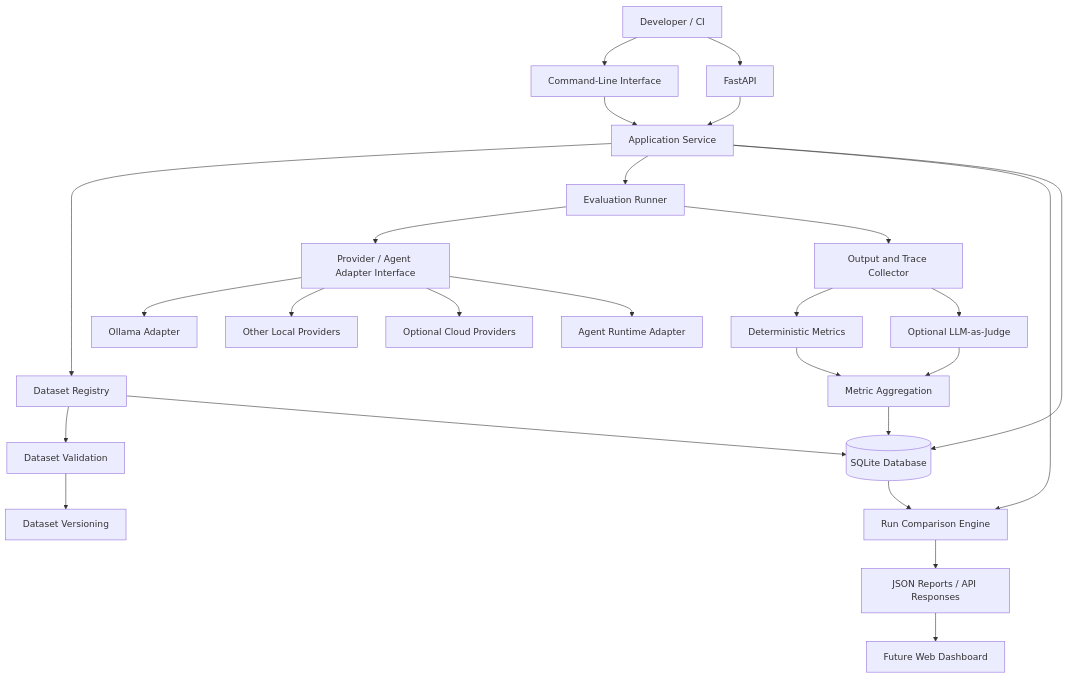
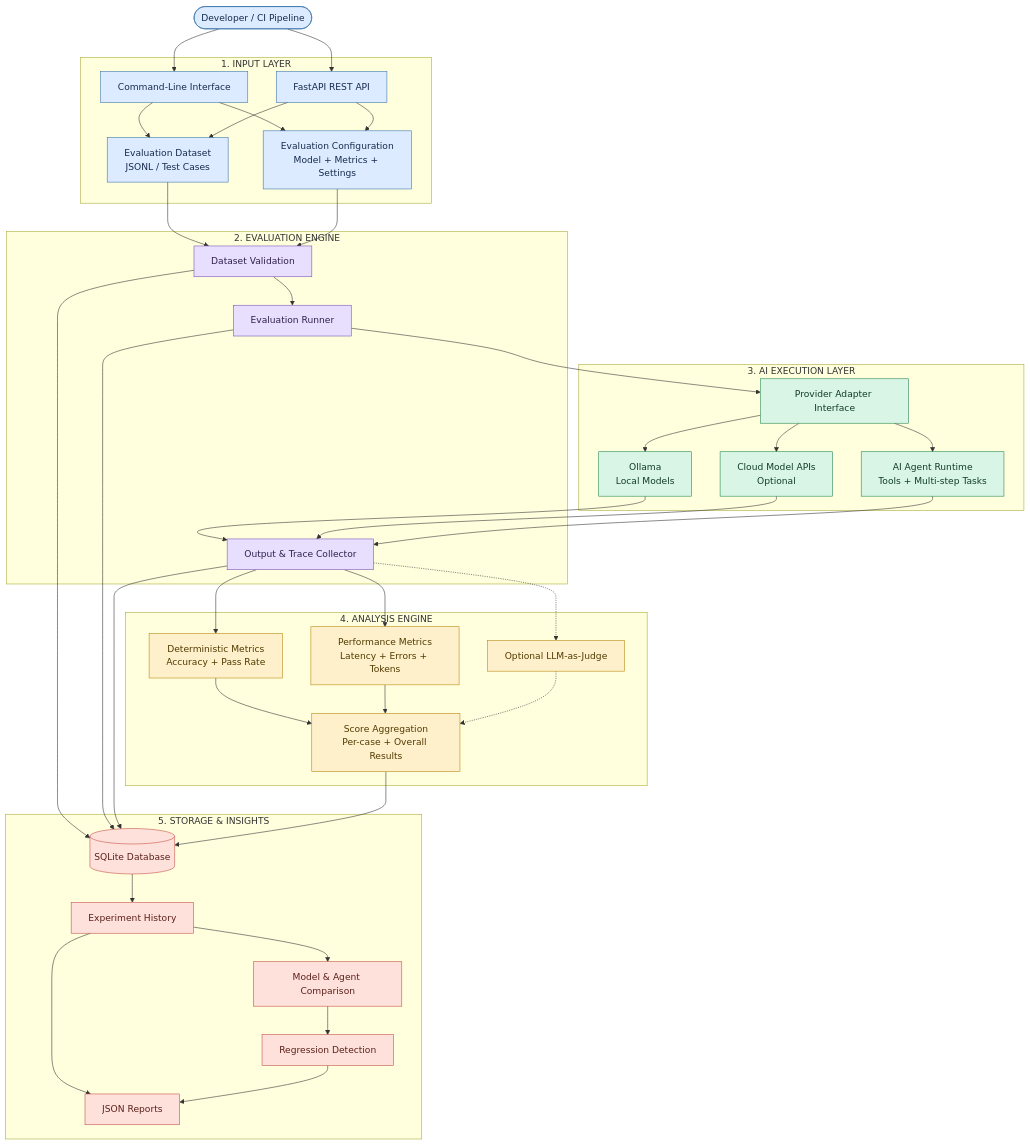
Before and after one commit to reddy895/EvalForge20: the first of 2 diagrams in README.md, drawn with Mermaid. The commit also changed other lines of this file, not shown here.

Commit message:
Readme update

````diff
--- a/README.md
+++ b/README.md
@@ -154,38 +155,91 @@
 ```mermaid
 flowchart TD
-    DEV["Developer / CI"] --> CLI["Command-Line Interface"]
-    DEV --> API["FastAPI"]
+    USER(["Developer / CI Pipeline"])
 
-    CLI --> APP["Application Service"]
-    API --> APP
+    subgraph INPUT["1. INPUT LAYER"]
+        CLI["Command-Line Interface"]
+        API["FastAPI REST API"]
+        DATA["Evaluation Dataset<br/>JSONL / Test Cases"]
+        CONFIG["Evaluation Configuration<br/>Model + Metrics + Settings"]
+    end
 
-    APP --> DATA["Dataset Registry"]
-    APP --> RUN["Evaluation Runner"]
-    APP --> COMPARE["Run Comparison Engine"]
+    subgraph CORE["2. EVALUATION ENGINE"]
+        VALIDATE["Dataset Validation"]
+        RUNNER["Evaluation Runner"]
+        COLLECT["Output & Trace Collector"]
+    end
 
-    DATA --> VALIDATE["Dataset Validation"]
-    VALIDATE --> VERSION["Dataset Versioning"]
+    subgraph AI["3. AI EXECUTION LAYER"]
+        ADAPTER["Provider Adapter Interface"]
+        OLLAMA["Ollama<br/>Local Models"]
+        CLOUD["Cloud Model APIs<br/>Optional"]
+        AGENT["AI Agent Runtime<br/>Tools + Multi-step Tasks"]
+    end
 
-    RUN --> ADAPTER["Provider / Agent Adapter Interface"]
+    subgraph ANALYSIS["4. ANALYSIS ENGINE"]
+        METRICS["Deterministic Metrics<br/>Accuracy + Pass Rate"]
+        PERFORMANCE["Performance Metrics<br/>Latency + Errors + Tokens"]
+        JUDGE["Optional LLM-as-Judge"]
+        AGGREGATE["Score Aggregation<br/>Per-case + Overall Results"]
+    end
 
-    ADAPTER --> OLLAMA["Ollama Adapter"]
-    ADAPTER --> LOCAL["Other Local Providers"]
-    ADAPTER --> CLOUD["Optional Cloud Providers"]
-    ADAPTER --> AGENT["Agent Runtime Adapter"]
+    subgraph STORAGE["5. STORAGE & INSIGHTS"]
+        DB[("SQLite Database")]
+        HISTORY["Experiment History"]
+        COMPARE["Model & Agent Comparison"]
+        REGRESSION["Regression Detection"]
+        REPORT["JSON Reports"]
+    end
 
-    RUN --> COLLECTOR["Output and Trace Collector"]
+    USER --> CLI
+    USER --> API
 
-    COLLECTOR --> METRICS["Deterministic Metrics"]
-    COLLECTOR --> JUDGE["Optional LLM-as-Judge"]
+    CLI --> DATA
+    API --> DATA
+    CLI --> CONFIG
+    API --> CONFIG
 
-    METRICS --> SCORE["Metric Aggregation"]
-    JUDGE --> SCORE
+    DATA --> VALIDATE
+    CONFIG --> VALIDATE
+    VALIDATE --> RUNNER
 
-    DATA --> DB[("SQLite Database")]
-    SCORE --> DB
-    APP --> DB
+    RUNNER --> ADAPTER
+    ADAPTER --> OLLAMA
+    ADAPTER --> CLOUD
+    ADAPTER --> AGENT
 
-    DB --> COMPARE
-    COMPARE --> REPORT["JSON Reports / API Responses"]
-    REPORT --> FUTURE["Future Web Dashboard"]
+    OLLAMA --> COLLECT
+    CLOUD --> COLLECT
+    AGENT --> COLLECT
+
+    COLLECT --> METRICS
+    COLLECT --> PERFORMANCE
+    COLLECT -.-> JUDGE
+
+    METRICS --> AGGREGATE
+    PERFORMANCE --> AGGREGATE
+    JUDGE -.-> AGGREGATE
+
+    VALIDATE --> DB
+    RUNNER --> DB
+    COLLECT --> DB
+    AGGREGATE --> DB
+
+    DB --> HISTORY
+    HISTORY --> COMPARE
+    COMPARE --> REGRESSION
+    HISTORY --> REPORT
+    REGRESSION --> REPORT
+
+    classDef input fill:#DCEBFF,stroke:#3973AC,color:#172B4D
+    classDef engine fill:#E8DFFF,stroke:#7952B3,color:#30204D
+    classDef ai fill:#D9F5E5,stroke:#258653,color:#123D28
+    classDef analysis fill:#FFF0CC,stroke:#B8860B,color:#513B00
+    classDef storage fill:#FFE1DC,stroke:#C34F43,color:#5B211B
+
+    class USER,CLI,API,DATA,CONFIG input
+    class VALIDATE,RUNNER,COLLECT engine
+    class ADAPTER,OLLAMA,CLOUD,AGENT ai
+    class METRICS,PERFORMANCE,JUDGE,AGGREGATE analysis
+    class DB,HISTORY,COMPARE,REGRESSION,REPORT storage
 ```
````
